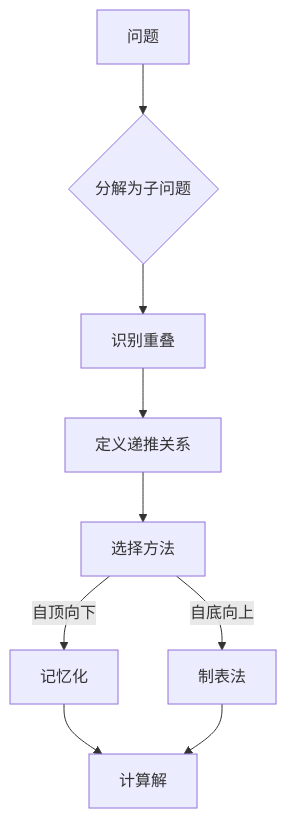
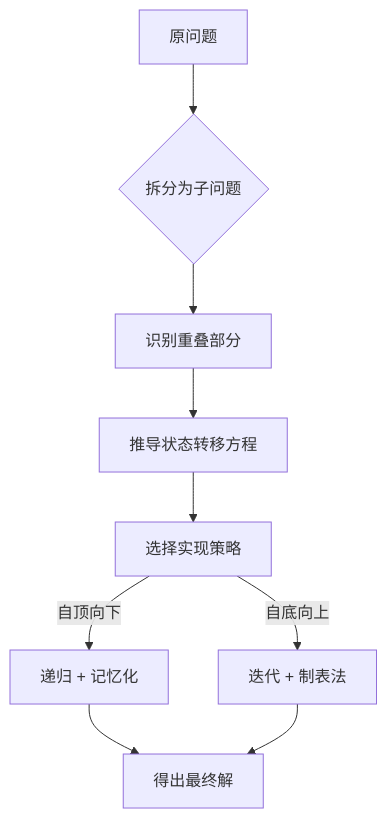
Before and after one commit to YiWang24/AiDIY: the diagram in i18n/zh-Hans/docusaurus-plugin-content-docs/current/cs/algorithms/dynamic-programming.mdx, drawn with Mermaid. The commit also changed other lines of this file and 59 other files, not shown here.

````diff
--- a/i18n/zh-Hans/docusaurus-plugin-content-docs/current/cs/algorithms/dynamic-programming.mdx
+++ b/i18n/zh-Hans/docusaurus-plugin-content-docs/current/cs/algorithms/dynamic-programming.mdx
@@ -36,11 +38,11 @@
 ```mermaid
 graph TD
-    A[问题] --> B{分解为子问题}
-    B --> C[识别重叠]
-    C --> D[定义递推关系]
-    D --> E[选择方法]
-    E -->|"自顶向下"| F[记忆化]
-    E -->|"自底向上"| G[制表法]
-    F --> H[计算解]
+    A[原问题] --> B{拆分为子问题}
+    B --> C[识别重叠部分]
+    C --> D[推导状态转移方程]
+    D --> E[选择实现策略]
+    E -->|"自顶向下"| F[递归 + 记忆化]
+    E -->|"自底向上"| G[迭代 + 制表法]
+    F --> H[得出最终解]
     G --> H
 ```
````
